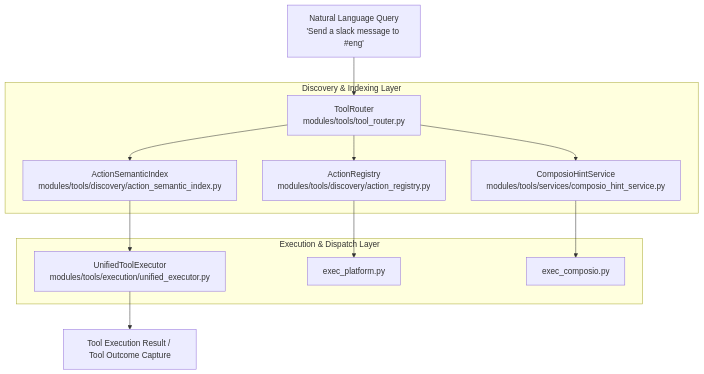
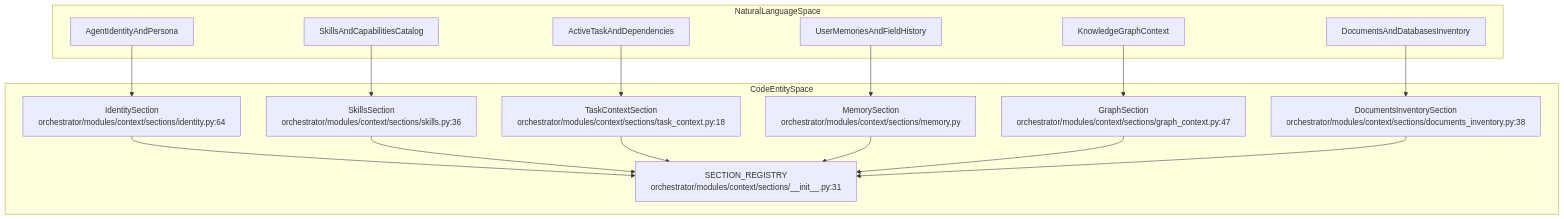
Before and after one commit to AutomatosAI/automatos-ai: the first of 2 diagrams in docs/context-service/section-types.md, drawn with Mermaid. The commit also changed other lines of this file and 188 other files, not shown here.

First line of the commit message:
docs: refresh architecture docs and add coverage for new subsystems (#1416)

````diff
--- a/docs/context-service/section-types.md
+++ b/docs/context-service/section-types.md
@@ -83,18 +88,35 @@
 ```mermaid
-graph TD
-    NL["Natural Language Query<br/>'Send a slack message to #eng'"] --> Router["ToolRouter<br/>modules/tools/tool_router.py"]
-    
-    subgraph "Discovery & Indexing Layer"
-        Router --> SemanticIndex["ActionSemanticIndex<br/>modules/tools/discovery/action_semantic_index.py"]
-        Router --> ActionReg["ActionRegistry<br/>modules/tools/discovery/action_registry.py"]
-        Router --> HintService["ComposioHintService<br/>modules/tools/services/composio_hint_service.py"]
+graph TB
+    subgraph "NaturalLanguageSpace"
+        NL_Identity["AgentIdentityAndPersona"]
+        NL_Skills["SkillsAndCapabilitiesCatalog"]
+        NL_Task["ActiveTaskAndDependencies"]
+        NL_Memory["UserMemoriesAndFieldHistory"]
+        NL_Graph["KnowledgeGraphContext"]
+        NL_Documents["DocumentsAndDatabasesInventory"]
     end
 
-    subgraph "Execution & Dispatch Layer"
-        SemanticIndex --> UnifiedExec["UnifiedToolExecutor<br/>modules/tools/execution/unified_executor.py"]
-        ActionReg --> PlatformExec["exec_platform.py"]
-        HintService --> ComposioExec["exec_composio.py"]
+    subgraph "CodeEntitySpace"
+        IdentitySec["IdentitySection<br/>orchestrator/modules/context/sections/identity.py:64"]
+        SkillsSec["SkillsSection<br/>orchestrator/modules/context/sections/skills.py:36"]
+        TaskSec["TaskContextSection<br/>orchestrator/modules/context/sections/task_context.py:18"]
+        MemorySec["MemorySection<br/>orchestrator/modules/context/sections/memory.py"]
+        GraphSec["GraphSection<br/>orchestrator/modules/context/sections/graph_context.py:47"]
+        DocumentsInvSec["DocumentsInventorySection<br/>orchestrator/modules/context/sections/documents_inventory.py:38"]
+        Registry["SECTION_REGISTRY<br/>orchestrator/modules/context/sections/__init__.py:31"]
     end
 
-    UnifiedExec --> ToolResult["Tool Execution Result / Tool Outcome Capture"]
+    NL_Identity --> IdentitySec
+    NL_Skills --> SkillsSec
+    NL_Task --> TaskSec
+    NL_Memory --> MemorySec
+    NL_Graph --> GraphSec
+    NL_Documents --> DocumentsInvSec
+
+    IdentitySec --> Registry
+    SkillsSec --> Registry
+    TaskSec --> Registry
+    MemorySec --> Registry
+    GraphSec --> Registry
+    DocumentsInvSec --> Registry
 ```
````
